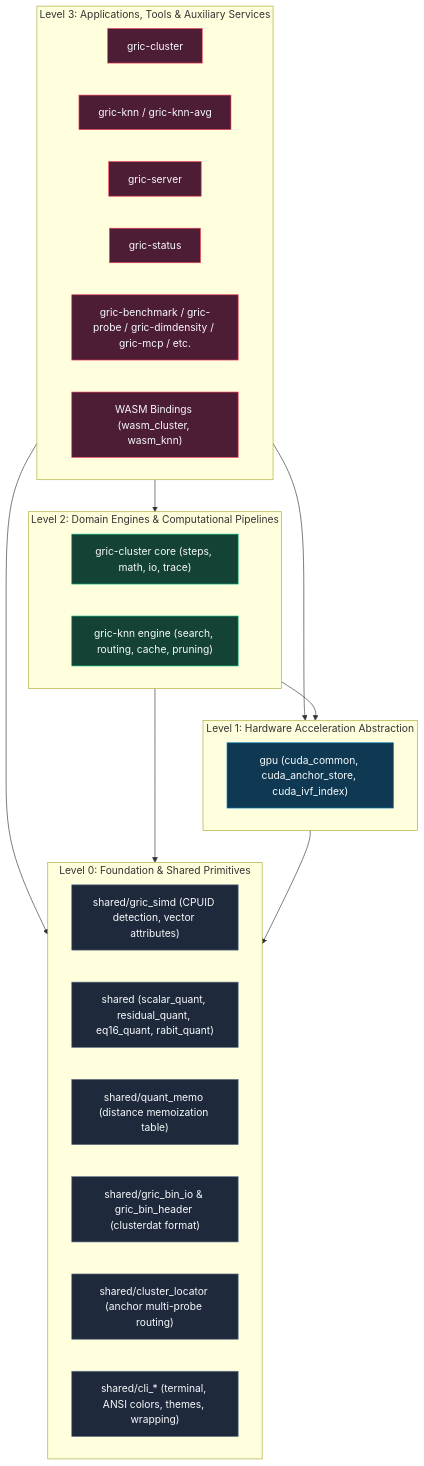
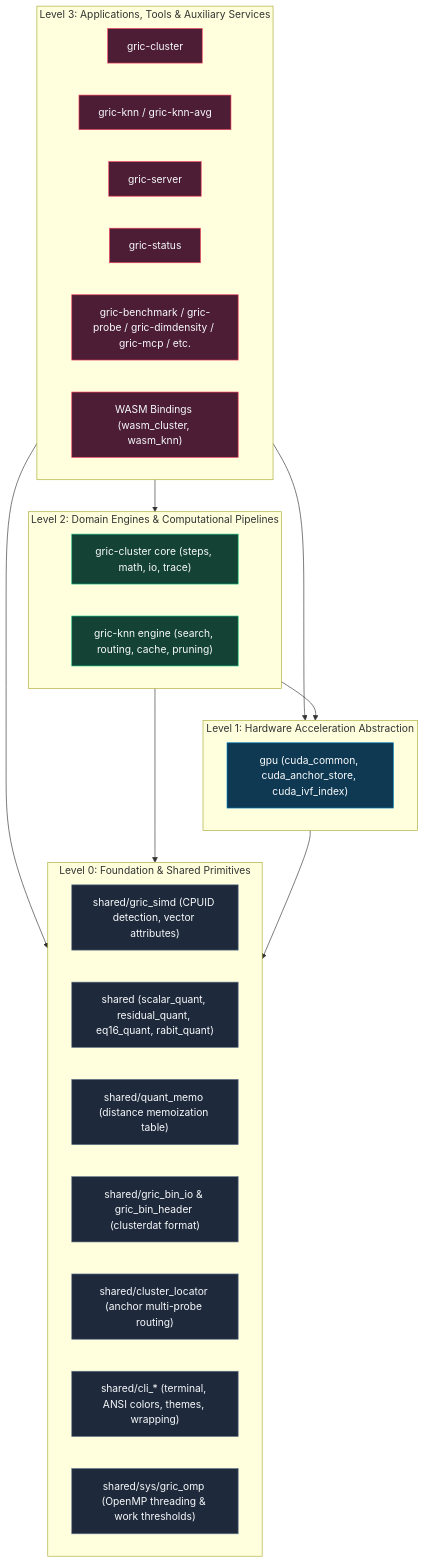
One commit to oguyon/gric-cluster changed the first of 2 diagrams in dependency_graph.md. Above: the diagram before and after it, drawn with Mermaid. The commit also changed 6 other files, not shown here.

First line of the commit message:
perf(core, libgric): honour ncpu, serialize entropy loop, and gate small OpenMP work

````diff
--- a/dependency_graph.md
+++ b/dependency_graph.md
@@ -13,41 +13,42 @@
 ```mermaid
 graph TD
     classDef l0 fill:#1e293b,stroke:#64748b,stroke-width:1px,color:#f8fafc;
     classDef l1 fill:#0f3952,stroke:#0284c7,stroke-width:1px,color:#f8fafc;
     classDef l2 fill:#144234,stroke:#10b981,stroke-width:1px,color:#f8fafc;
     classDef l3 fill:#4c1d35,stroke:#f43f5e,stroke-width:1px,color:#f8fafc;
 
     subgraph Level3 ["Level 3: Applications, Tools & Auxiliary Services"]
         APP_CLUSTER["gric-cluster"]:::l3
         APP_KNN["gric-knn / gric-knn-avg"]:::l3
         APP_SERVER["gric-server"]:::l3
         APP_STATUS["gric-status"]:::l3
         APP_TOOLS["gric-benchmark / gric-probe / gric-dimdensity / gric-mcp / etc."]:::l3
         APP_WASM["WASM Bindings (wasm_cluster, wasm_knn)"]:::l3
     end
 
     subgraph Level2 ["Level 2: Domain Engines & Computational Pipelines"]
         ENG_CLUSTER["gric-cluster core (steps, math, io, trace)"]:::l2
         ENG_KNN["gric-knn engine (search, routing, cache, pruning)"]:::l2
     end
 
     subgraph Level1 ["Level 1: Hardware Acceleration Abstraction"]
         ACC_GPU["gpu (cuda_common, cuda_anchor_store, cuda_ivf_index)"]:::l1
     end
 
     subgraph Level0 ["Level 0: Foundation & Shared Primitives"]
         LIB_SIMD["shared/gric_simd (CPUID detection, vector attributes)"]:::l0
         LIB_QUANT["shared (scalar_quant, residual_quant, eq16_quant, rabit_quant)"]:::l0
         LIB_MEMO["shared/quant_memo (distance memoization table)"]:::l0
         LIB_IO["shared/gric_bin_io & gric_bin_header (clusterdat format)"]:::l0
         LIB_LOC["shared/cluster_locator (anchor multi-probe routing)"]:::l0
         LIB_CLI["shared/cli_* (terminal, ANSI colors, themes, wrapping)"]:::l0
+        LIB_OMP["shared/sys/gric_omp (OpenMP threading & work thresholds)"]:::l0
     end
 
     Level3 --> Level2
     Level3 --> Level1
     Level3 --> Level0
     Level2 --> Level1
     Level2 --> Level0
     Level1 --> Level0
 ```
````
